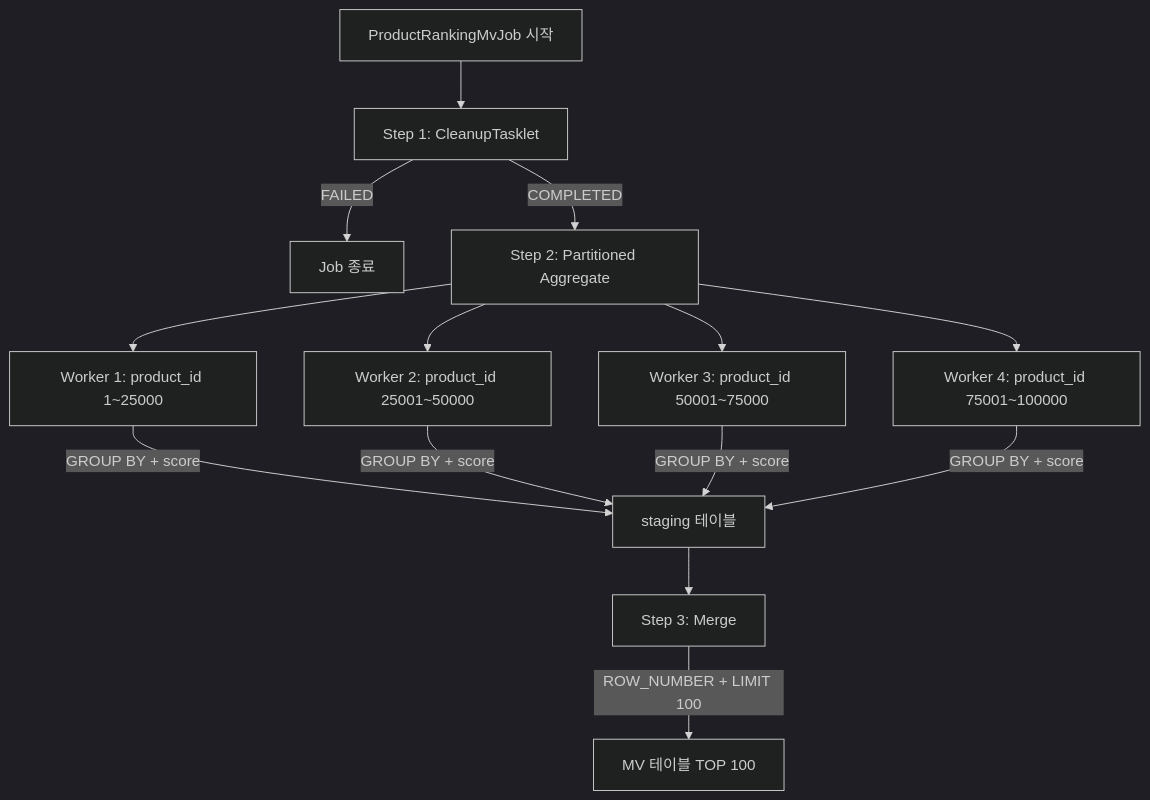
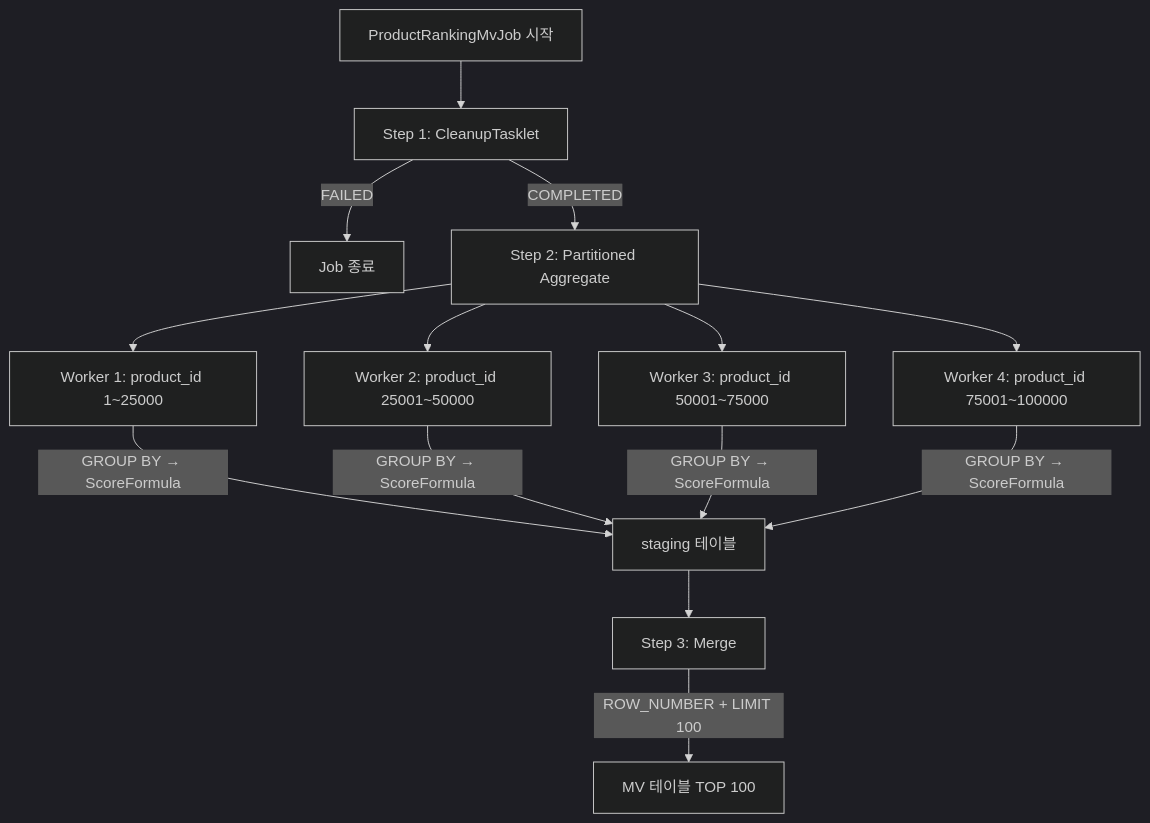
One commit to Loopers-dev-lab/loop-pack-be-l2-vol3-java changed the first of 2 diagrams in docs/design/volume-10/10-pr-draft.md. Above: the diagram before and after it, drawn with Mermaid (dark theme). The commit also changed other lines of this file and 16 other files, not shown here.

First line of the commit message:
refactor: Score 공식 중앙화 — ScoreFormula 추출 (modules/jpa)

````diff
--- a/docs/design/volume-10/10-pr-draft.md
+++ b/docs/design/volume-10/10-pr-draft.md
@@ -80,19 +86,19 @@
 ```mermaid
 flowchart TD
     A[ProductRankingMvJob 시작] --> B[Step 1: CleanupTasklet]
     B -->|FAILED| Z[Job 종료]
     B -->|COMPLETED| C[Step 2: Partitioned Aggregate]
 
     C --> D1[Worker 1: product_id 1~25000]
     C --> D2[Worker 2: product_id 25001~50000]
     C --> D3[Worker 3: product_id 50001~75000]
     C --> D4[Worker 4: product_id 75001~100000]
 
-    D1 -->|GROUP BY + score| S[staging 테이블]
-    D2 -->|GROUP BY + score| S
-    D3 -->|GROUP BY + score| S
-    D4 -->|GROUP BY + score| S
+    D1 -->|GROUP BY → ScoreFormula| S[staging 테이블]
+    D2 -->|GROUP BY → ScoreFormula| S
+    D3 -->|GROUP BY → ScoreFormula| S
+    D4 -->|GROUP BY → ScoreFormula| S
 
     S --> E[Step 3: Merge]
     E -->|ROW_NUMBER + LIMIT 100| F[MV 테이블 TOP 100]
 ```
````
